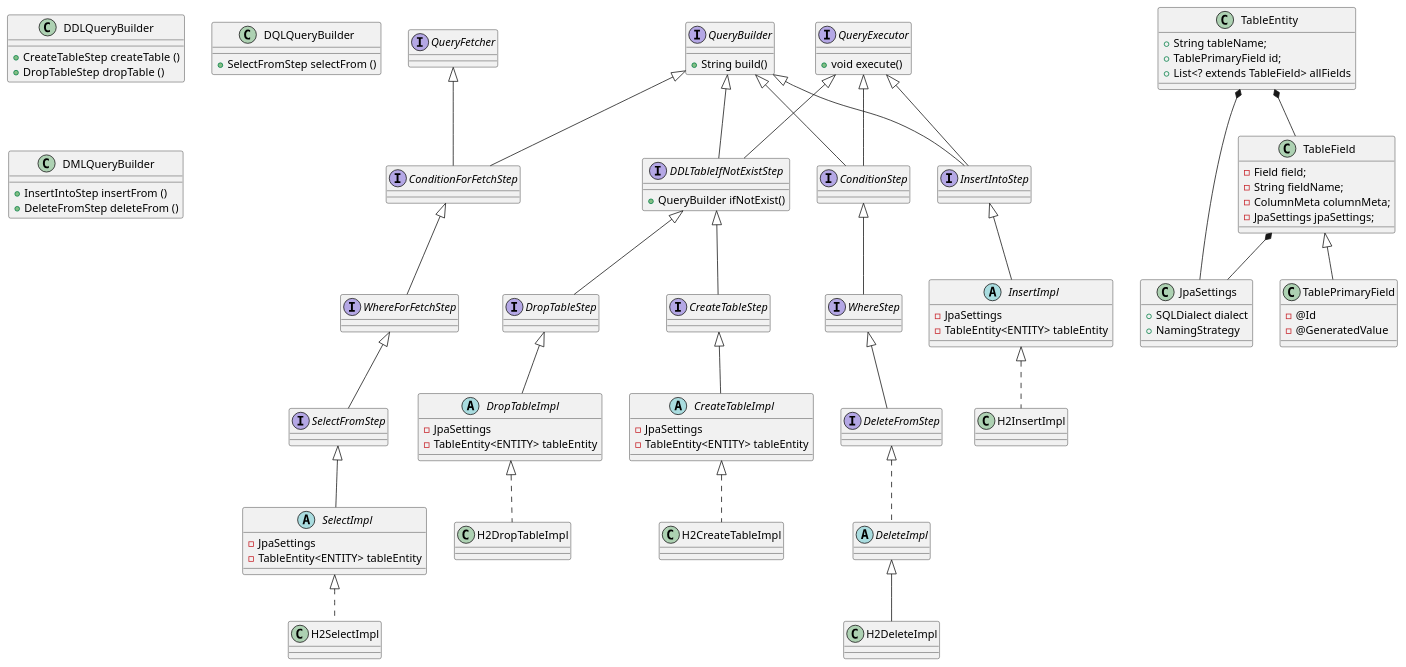
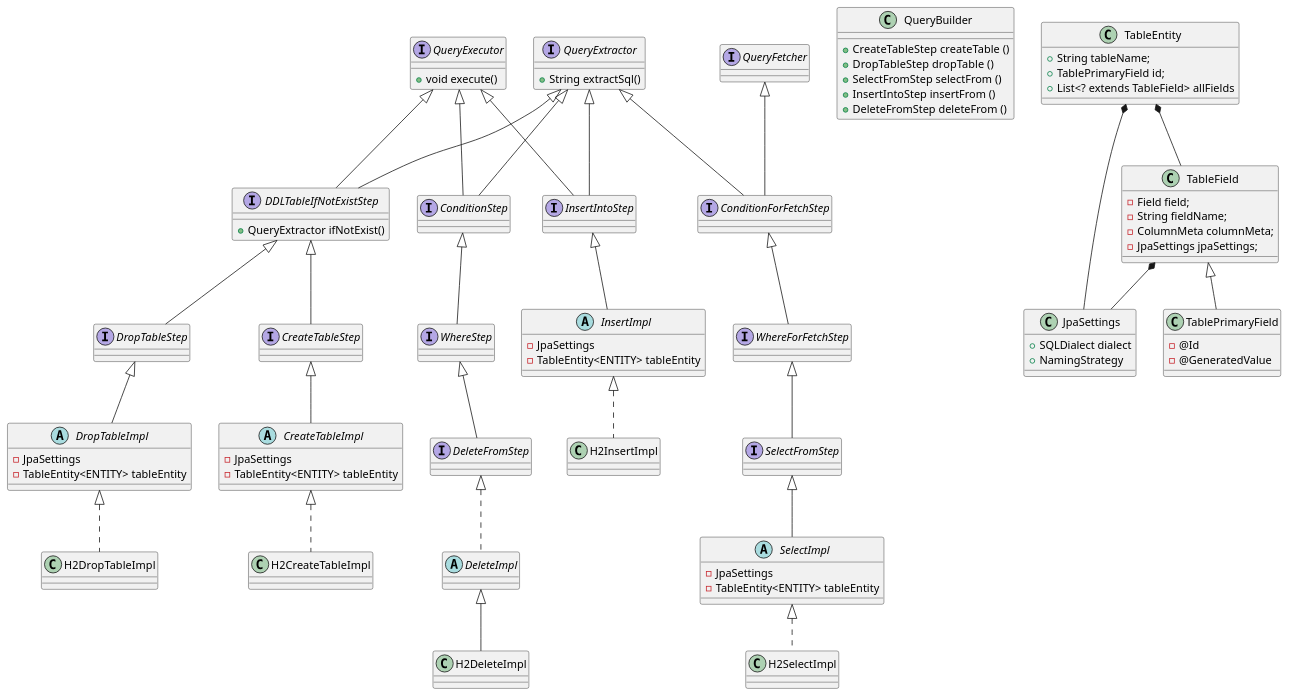
One commit to next-step/jpa-query-builder changed the diagram in docs/uml/step-3-class-diagram.puml. Above: the diagram before and after it, drawn with PlantUML. The commit also changed 32 other files, not shown here.

Commit message:
refactor. 미션전 리팩토링 [더보기] - 기존 QueryBuilder -> QueryExtractor로 인터페이스 변경 - 모든 DxLQueryBuilder를 QueryBuilder로 통합함

```diff
--- a/docs/uml/step-3-class-diagram.puml
+++ b/docs/uml/step-3-class-diagram.puml
@@ -1,150 +1,143 @@
 @startuml
-interface QueryBuilder {
-    + String build()
+interface QueryExtractor {
+    + String extractSql()
 }
 
 ' QueryBuilder 들
-class DDLQueryBuilder {
+class QueryBuilder {
     + CreateTableStep createTable ()
     + DropTableStep dropTable ()
-}
-
-class DQLQueryBuilder {
     + SelectFromStep selectFrom ()
-}
-
-class DMLQueryBuilder {
     + InsertIntoStep insertFrom ()
     + DeleteFromStep deleteFrom ()
 }
-
 
 ' 이거도 그리면 좋지만 안이쁘니 숨기자...
 'DDLQueryBuilder -[hidden]..> CreateTableStep:returns
 'DDLQueryBuilder -[hidden]..> DropTableStep:returns
 
 'DMLQueryBuilder -[hidden]..> InsertIntoStep:returns
 'DMLQueryBuilder -[hidden]..> DeleteFromStep:returns
 
 ' Step 들 정의
 interface CreateTableStep extends DDLTableIfNotExistStep {
 
 }
 
 interface DropTableStep extends DDLTableIfNotExistStep {
 
 }
 
 interface SelectFromStep extends WhereForFetchStep {
 
 }
 
 interface WhereForFetchStep extends ConditionForFetchStep {
 
 }
 
-interface ConditionForFetchStep extends QueryFetcher, QueryBuilder {
+interface ConditionForFetchStep extends QueryFetcher, QueryExtractor {
 
 }
 
 interface DeleteFromStep extends WhereStep {
 
 }
 
 
 interface WhereStep extends ConditionStep {
 
 }
 
-interface InsertIntoStep extends QueryBuilder, QueryExecutor {
+interface InsertIntoStep extends QueryExtractor, QueryExecutor {
 
 }
 
-interface ConditionStep extends QueryBuilder, QueryExecutor {
+interface ConditionStep extends QueryExtractor, QueryExecutor {
 
 }
 
 abstract class DeleteImpl implements DeleteFromStep {
 
 }
 
 class H2DeleteImpl extends DeleteImpl {
 
 }
 
-interface DDLTableIfNotExistStep extends QueryBuilder, QueryExecutor {
-    + QueryBuilder ifNotExist()
+interface DDLTableIfNotExistStep extends QueryExtractor, QueryExecutor {
+    + QueryExtractor ifNotExist()
 }
 
 interface QueryExecutor {
     + void execute()
 }
 
 abstract class CreateTableImpl extends CreateTableStep{
     - JpaSettings
     - TableEntity<ENTITY> tableEntity
 }
 
 class H2CreateTableImpl implements CreateTableImpl {
 
 }
 
 ' DROP
 abstract class DropTableImpl extends DropTableStep {
     - JpaSettings
     - TableEntity<ENTITY> tableEntity
 }
 
 class H2DropTableImpl implements DropTableImpl {
 
 }
 
 ' INSERT
 abstract class InsertImpl extends InsertIntoStep {
     - JpaSettings
     - TableEntity<ENTITY> tableEntity
 }
 
 class H2InsertImpl implements InsertImpl {
 
 }
 
 ' SELECT
 abstract class SelectImpl extends SelectFromStep {
     - JpaSettings
     - TableEntity<ENTITY> tableEntity
 }
 
 class H2SelectImpl implements SelectImpl {
 
 }
 
 class JpaSettings {
     + SQLDialect dialect
     + NamingStrategy
 }
 
 TableEntity *--	TableField
 TableEntity *--	JpaSettings
 
 TableField *-- JpaSettings
 
 class TableEntity {
     + String tableName;
     + TablePrimaryField id;
     + List<? extends TableField> allFields
 }
 
 class TableField {
     - Field field;
     - String fieldName;
     - ColumnMeta columnMeta;
     - JpaSettings jpaSettings;
 }
 
 class TablePrimaryField extends TableField {
     - @Id
     - @GeneratedValue
 }
 
 @enduml
```
